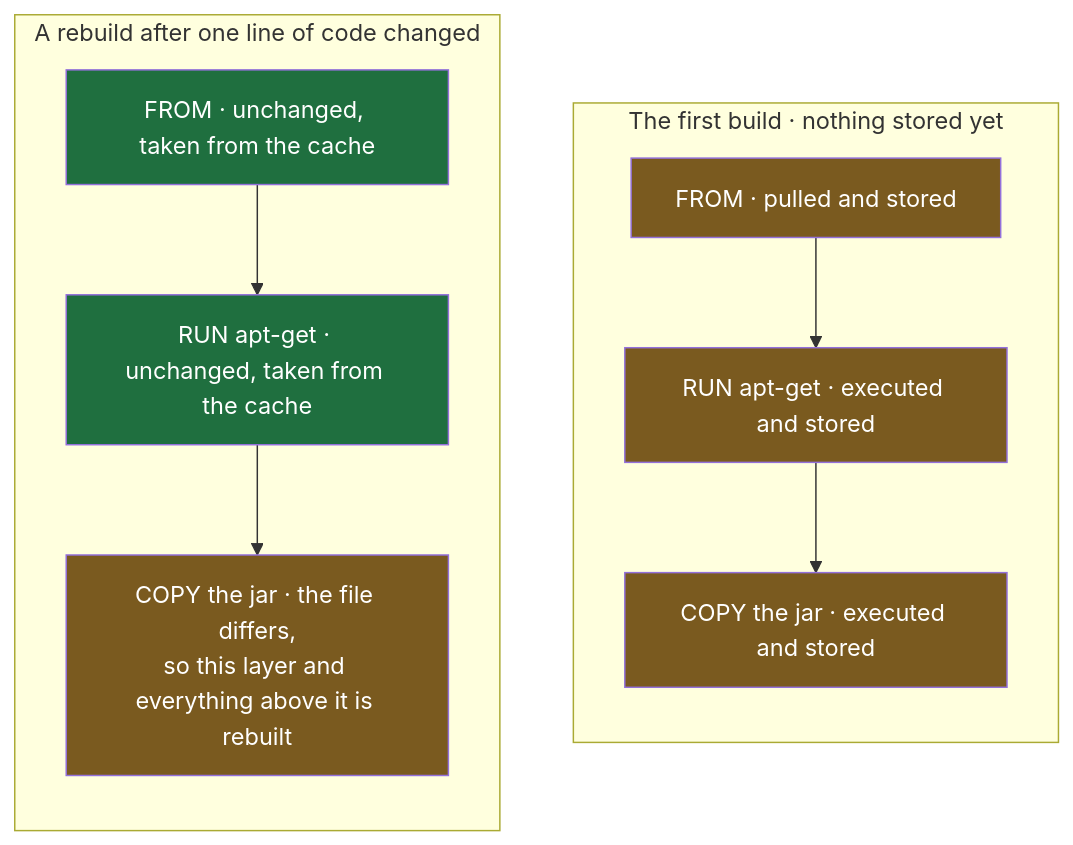
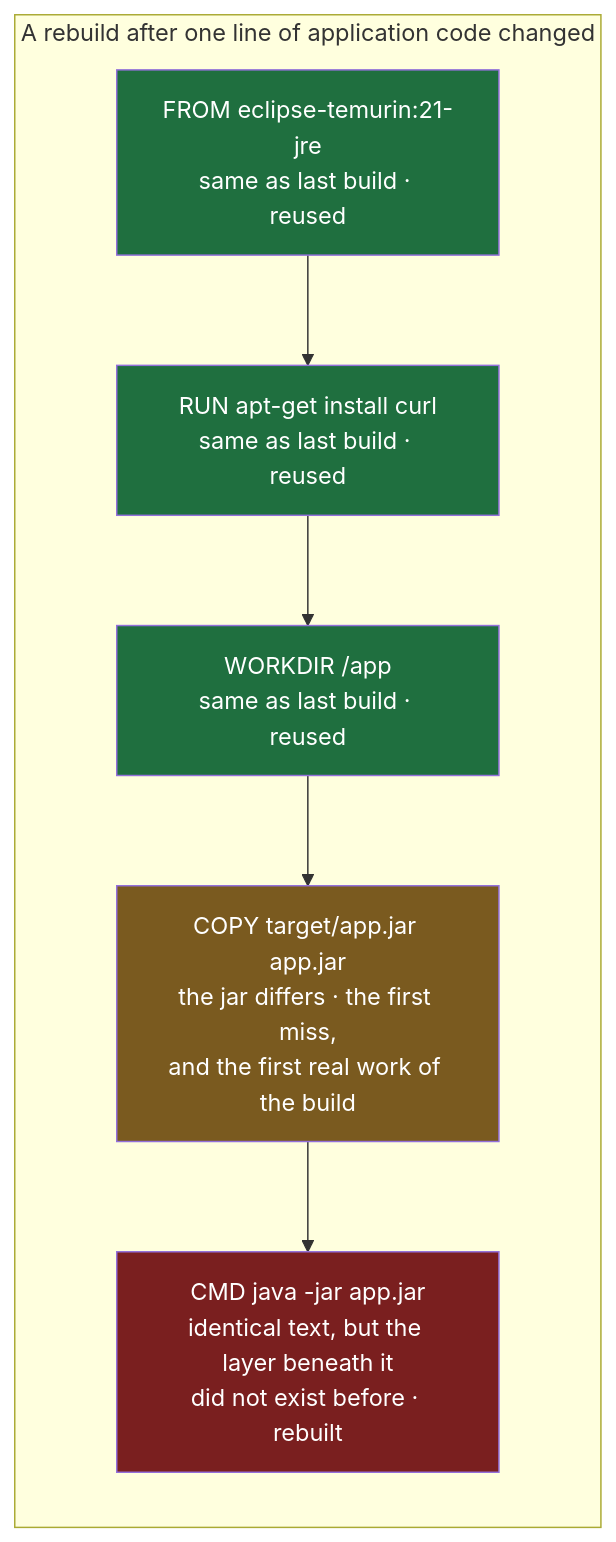
The fifth of 5 diagrams in Devops/07-Docker/03-The-Dockerfile.md (Dummy-Bug/system-design-handbook), drawn with Mermaid before and after one commit. The commit also changed other lines of this file and 3 other files, not shown here.

````diff
--- a/Devops/07-Docker/03-The-Dockerfile.md
+++ b/Devops/07-Docker/03-The-Dockerfile.md
@@ -240,19 +256,15 @@
 ```mermaid
 flowchart TB
-    subgraph FIRST["The first build · nothing stored yet"]
+    subgraph RB["A rebuild after one line of application code changed"]
         direction TB
-        F1["FROM · pulled and stored"] --> F2["RUN apt-get · executed and stored"]
-        F2 --> F3["COPY the jar · executed and stored"]
+        F["FROM eclipse-temurin:21-jre<br/>same as last build · reused"] --> R["RUN apt-get install curl<br/>same as last build · reused"]
+        R --> W["WORKDIR /app<br/>same as last build · reused"]
+        W --> C["COPY target/app.jar app.jar<br/>the jar differs · the first miss,<br/>and the first real work of the build"]
+        C --> M["CMD java -jar app.jar<br/>identical text, but the layer beneath it<br/>did not exist before · rebuilt"]
     end
-    subgraph AGAIN["A rebuild after one line of code changed"]
-        direction TB
-        A1["FROM · unchanged, taken from the cache"] --> A2["RUN apt-get · unchanged, taken from the cache"]
-        A2 --> A3["COPY the jar · the file differs,<br/>so this layer and everything above it is rebuilt"]
-    end
-    style F1 fill:#7a5a1f,color:#fff
-    style F2 fill:#7a5a1f,color:#fff
-    style F3 fill:#7a5a1f,color:#fff
-    style A1 fill:#1f6f3f,color:#fff
-    style A2 fill:#1f6f3f,color:#fff
-    style A3 fill:#7a5a1f,color:#fff
+    style F fill:#1f6f3f,color:#fff
+    style R fill:#1f6f3f,color:#fff
+    style W fill:#1f6f3f,color:#fff
+    style C fill:#7a5a1f,color:#fff
+    style M fill:#7a1f1f,color:#fff
 ```
````
